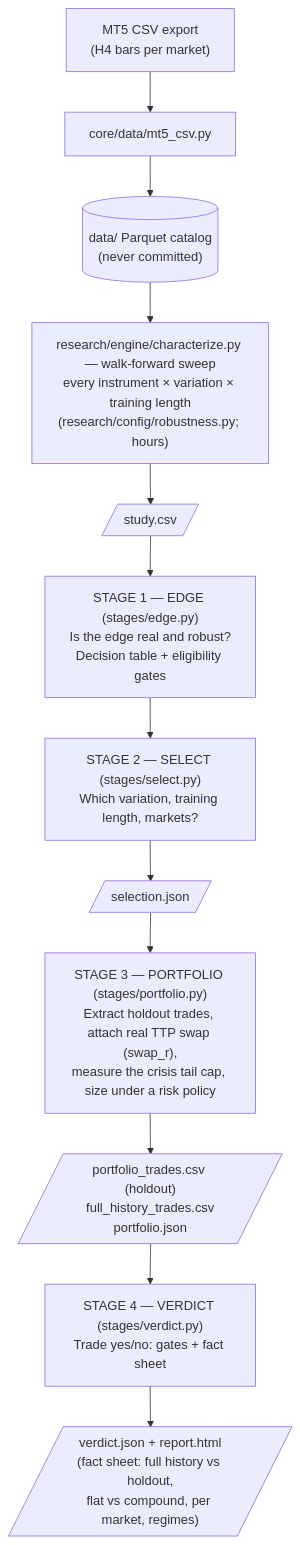
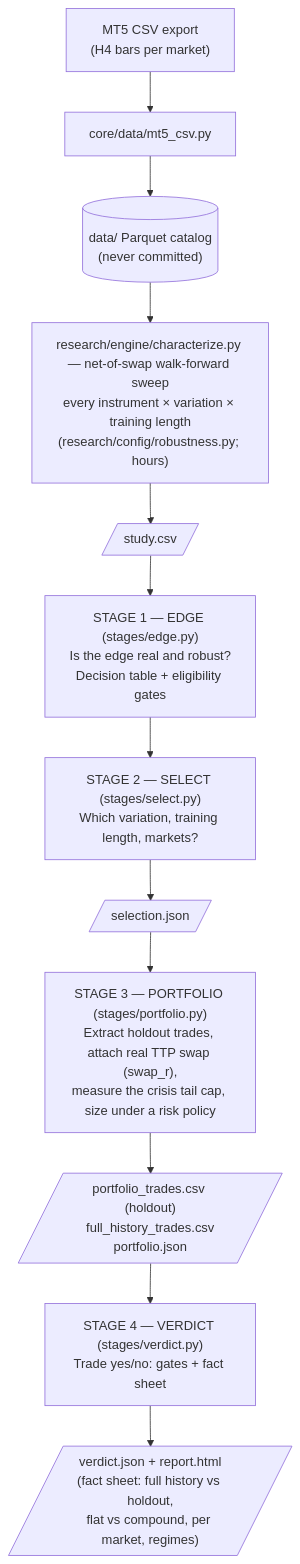
One commit to QPlus-Capital/trading-system changed the second of 5 diagrams in docs/architecture.md. Above: the diagram before and after it, drawn with Mermaid. The commit also changed other lines of this file and 15 other files, not shown here.

````diff
--- a/docs/architecture.md
+++ b/docs/architecture.md
@@ -61,18 +61,18 @@
 ```mermaid
 flowchart TD
     CSV["MT5 CSV export<br/>(H4 bars per market)"] --> INGEST["core/data/mt5_csv.py"]
     INGEST --> CAT[("data/ Parquet catalog<br/>(never committed)")]
 
-    CAT --> SWEEP["research/engine/characterize.py — walk-forward sweep<br/>every instrument × variation × training length<br/>(research/config/robustness.py; hours)"]
+    CAT --> SWEEP["research/engine/characterize.py — net-of-swap walk-forward sweep<br/>every instrument × variation × training length<br/>(research/config/robustness.py; hours)"]
     SWEEP --> STUDY[/"study.csv"/]
 
     STUDY --> S1["STAGE 1 — EDGE (stages/edge.py)<br/>Is the edge real and robust?<br/>Decision table + eligibility gates"]
     S1 --> S2["STAGE 2 — SELECT (stages/select.py)<br/>Which variation, training length, markets?"]
     S2 --> SEL[/"selection.json"/]
 
     SEL --> S3["STAGE 3 — PORTFOLIO (stages/portfolio.py)<br/>Extract holdout trades, attach real TTP swap (swap_r),<br/>measure the crisis tail cap, size under a risk policy"]
     S3 --> PT[/"portfolio_trades.csv (holdout)<br/>full_history_trades.csv<br/>portfolio.json"/]
 
     PT --> S4["STAGE 4 — VERDICT (stages/verdict.py)<br/>Trade yes/no: gates + fact sheet"]
     S4 --> OUT[/"verdict.json + report.html<br/>(fact sheet: full history vs holdout,<br/>flat vs compound, per market, regimes)"/]
 ```
````
